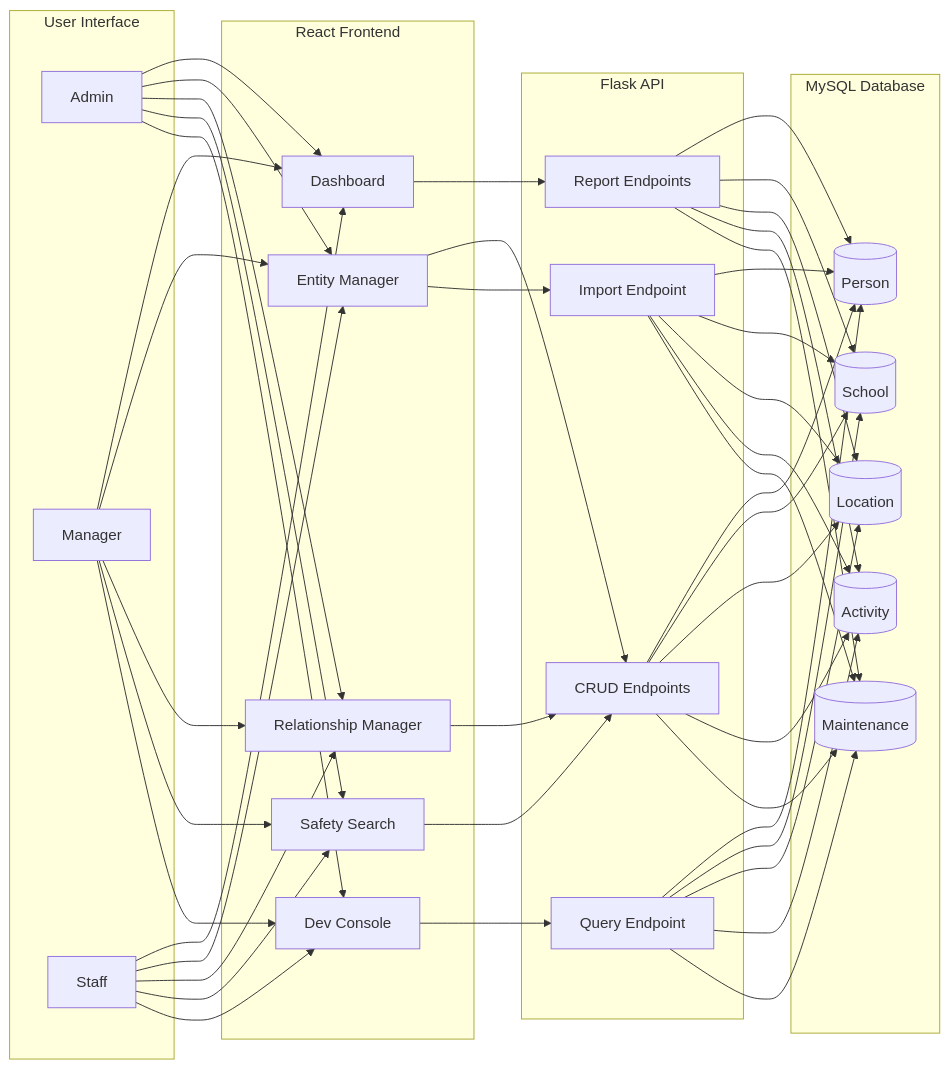
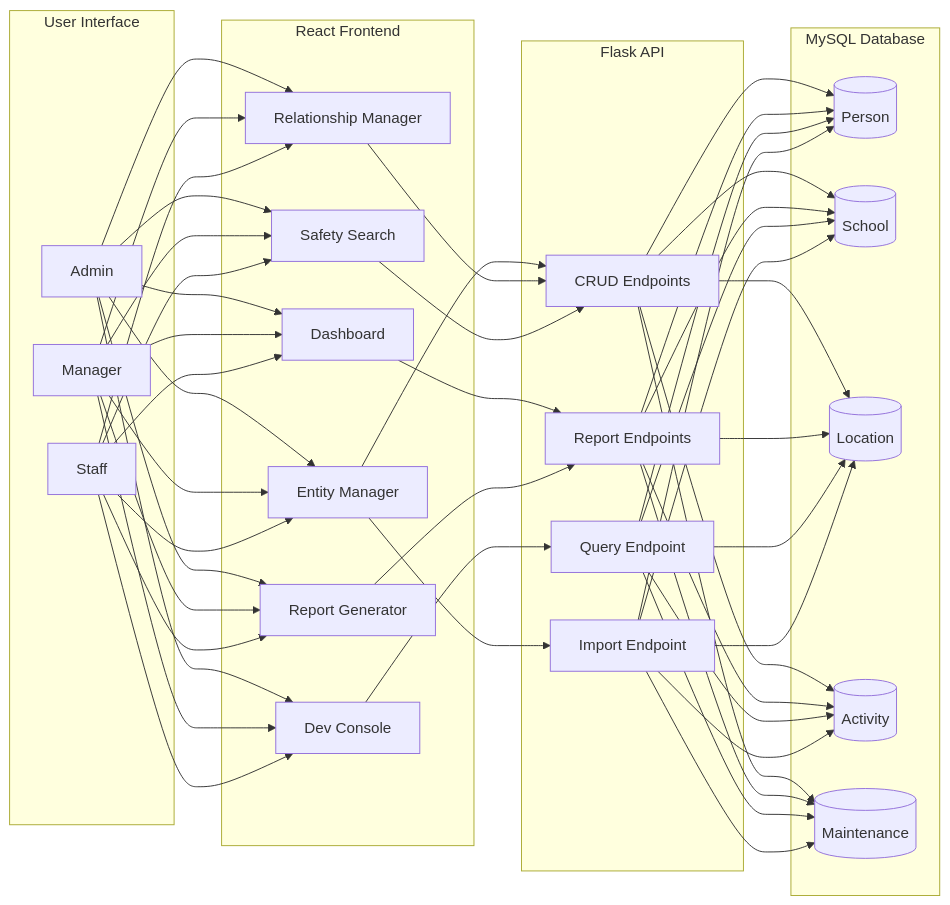
Before and after one commit to HaochenFa/COMP2411_DBMS_CMMS_GroupProject: the fourth of 13 diagrams in PROJECT_REPORT.md, drawn with Mermaid. The commit also changed other lines of this file and 7 other files, not shown here.

````diff
--- a/PROJECT_REPORT.md
+++ b/PROJECT_REPORT.md
@@ -206,40 +209,42 @@
 ```mermaid
 flowchart LR
     subgraph Users["User Interface"]
         U1[Admin]
         U2[Manager]
         U3[Staff]
     end
 
     subgraph Frontend["React Frontend"]
         D[Dashboard]
         EM[Entity Manager]
         RM[Relationship Manager]
         SS[Safety Search]
+        RG[Report Generator]
         DC[Dev Console]
     end
 
     subgraph API["Flask API"]
         CRUD[CRUD Endpoints]
         RPT[Report Endpoints]
         QRY[Query Endpoint]
         IMP[Import Endpoint]
     end
 
     subgraph DB["MySQL Database"]
         T1[(Person)]
         T2[(School)]
         T3[(Location)]
         T4[(Activity)]
         T5[(Maintenance)]
     end
 
-    U1 & U2 & U3 --> D & EM & RM & SS & DC
+    U1 & U2 & U3 --> D & EM & RM & SS & RG & DC
     D --> RPT
     EM & RM --> CRUD
     SS --> CRUD
+    RG --> RPT
     DC --> QRY
     EM --> IMP
 
     CRUD & RPT & QRY & IMP --> T1 & T2 & T3 & T4 & T5
 ```
````
